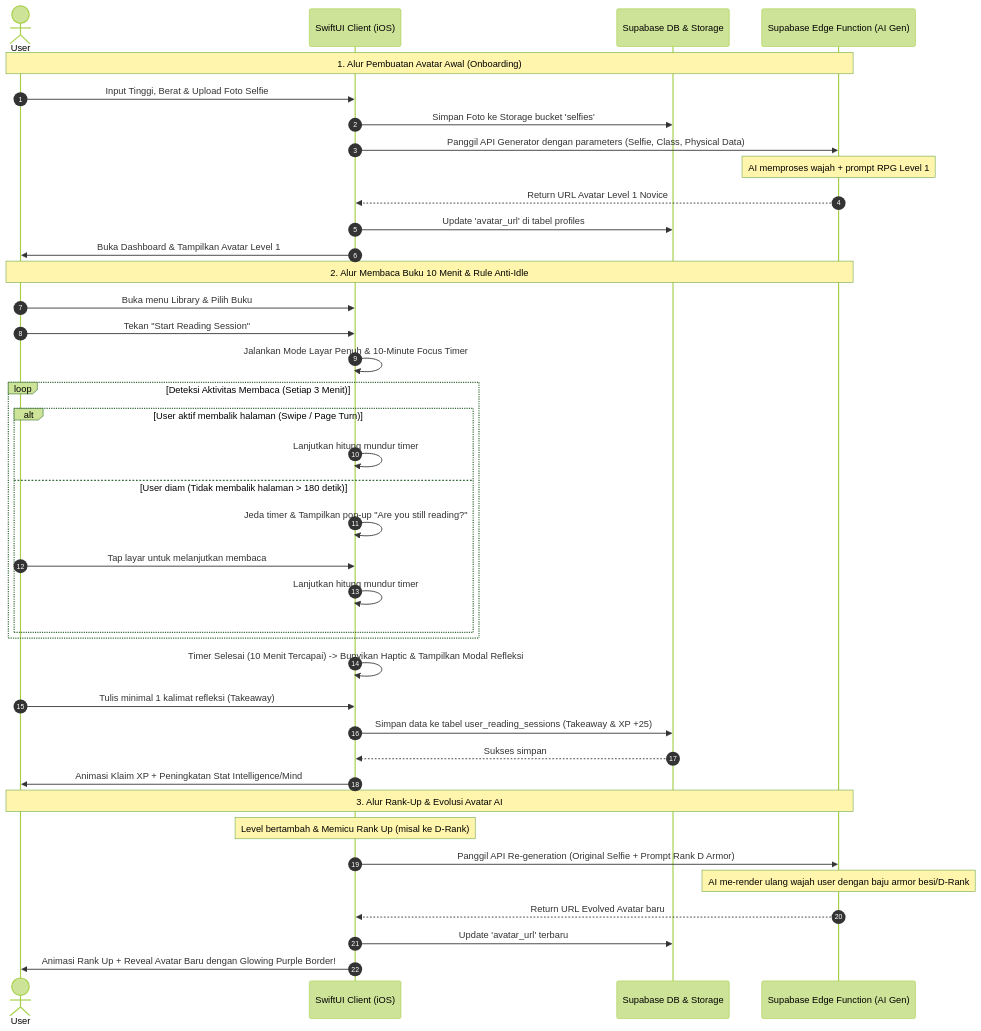
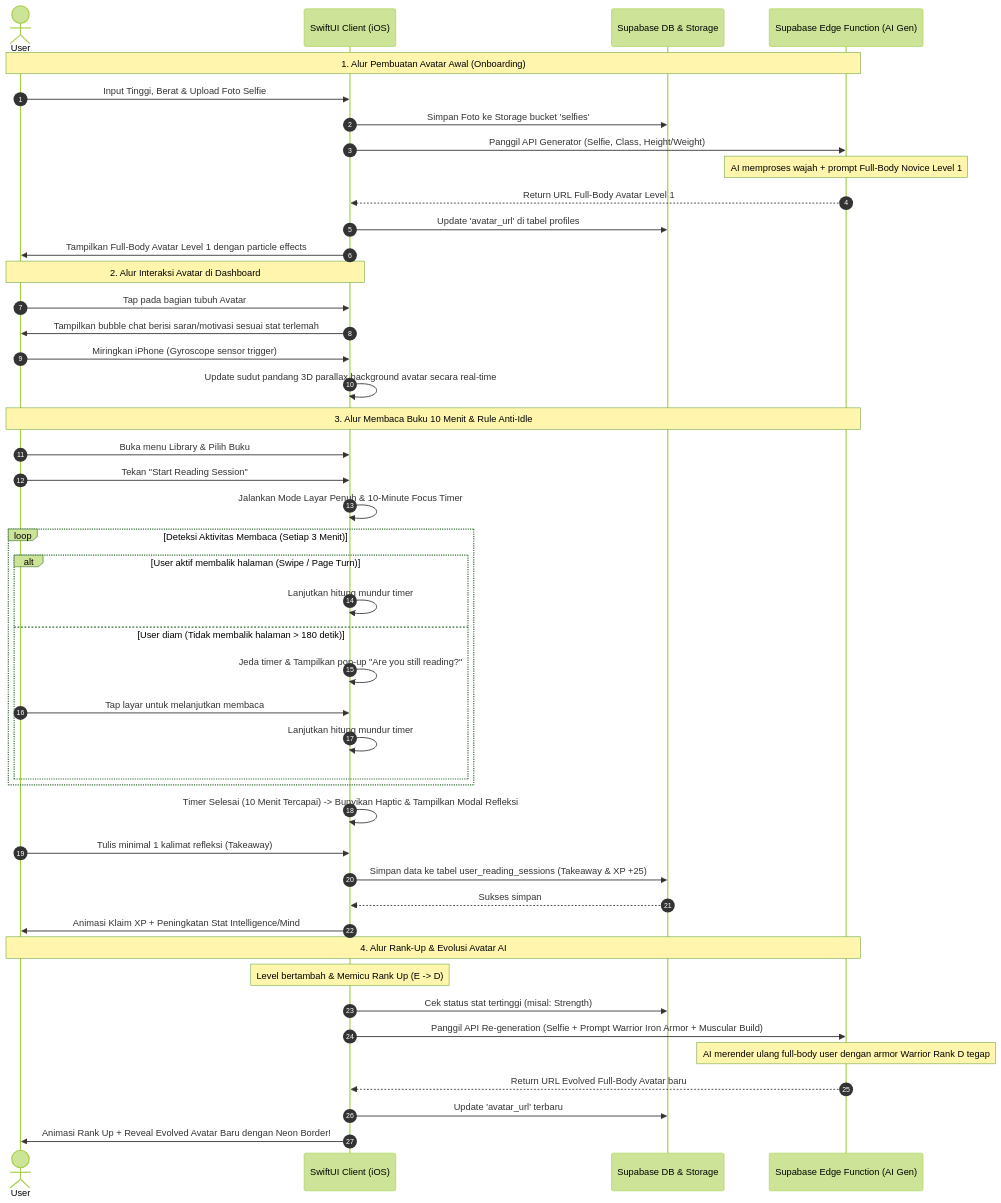
One commit to dhyoprd/Kurama changed the diagram in docs/wireframes_and_prototypes.md. Above: the diagram before and after it, drawn with Mermaid (forest theme). The commit also changed other lines of this file and 7 other files, not shown here.

````diff
--- a/docs/wireframes_and_prototypes.md
+++ b/docs/wireframes_and_prototypes.md
@@ -119,47 +123,55 @@
 ```mermaid
 sequenceDiagram
     autonumber
     actor User
     participant App as SwiftUI Client (iOS)
     participant DB as Supabase DB & Storage
     participant AI as Supabase Edge Function (AI Gen)
 
     %% ONBOARDING FLOW
     Note over User, AI: 1. Alur Pembuatan Avatar Awal (Onboarding)
     User->>App: Input Tinggi, Berat & Upload Foto Selfie
     App->>DB: Simpan Foto ke Storage bucket 'selfies'
-    App->>AI: Panggil API Generator dengan parameters (Selfie, Class, Physical Data)
-    Note over AI: AI memproses wajah + prompt RPG Level 1
-    AI-->>App: Return URL Avatar Level 1 Novice
+    App->>AI: Panggil API Generator (Selfie, Class, Height/Weight)
+    Note over AI: AI memproses wajah + prompt Full-Body Novice Level 1
+    AI-->>App: Return URL Full-Body Avatar Level 1
     App->>DB: Update 'avatar_url' di tabel profiles
-    App->>User: Buka Dashboard & Tampilkan Avatar Level 1
+    App->>User: Tampilkan Full-Body Avatar Level 1 dengan particle effects
+
+    %% INTERACTIVE AVATAR FEATURES
+    Note over User, App: 2. Alur Interaksi Avatar di Dashboard
+    User->>App: Tap pada bagian tubuh Avatar
+    App->>User: Tampilkan bubble chat berisi saran/motivasi sesuai stat terlemah
+    User->>App: Miringkan iPhone (Gyroscope sensor trigger)
+    App->>App: Update sudut pandang 3D parallax background avatar secara real-time
 
     %% FOCUS READING FLOW WITH ANTI-IDLE
-    Note over User, AI: 2. Alur Membaca Buku 10 Menit & Rule Anti-Idle
+    Note over User, AI: 3. Alur Membaca Buku 10 Menit & Rule Anti-Idle
     User->>App: Buka menu Library & Pilih Buku
     User->>App: Tekan "Start Reading Session"
     App->>App: Jalankan Mode Layar Penuh & 10-Minute Focus Timer
     loop Deteksi Aktivitas Membaca (Setiap 3 Menit)
         alt User aktif membalik halaman (Swipe / Page Turn)
             App->>App: Lanjutkan hitung mundur timer
         else User diam (Tidak membalik halaman > 180 detik)
             App->>App: Jeda timer & Tampilkan pop-up "Are you still reading?"
             User->>App: Tap layar untuk melanjutkan membaca
             App->>App: Lanjutkan hitung mundur timer
         end
     end
     App->>App: Timer Selesai (10 Menit Tercapai) -> Bunyikan Haptic & Tampilkan Modal Refleksi
     User->>App: Tulis minimal 1 kalimat refleksi (Takeaway)
     App->>DB: Simpan data ke tabel user_reading_sessions (Takeaway & XP +25)
     DB-->>App: Sukses simpan
     App->>User: Animasi Klaim XP + Peningkatan Stat Intelligence/Mind
 
     %% AVATAR EVOLUTION ON RANK UP
-    Note over User, AI: 3. Alur Rank-Up & Evolusi Avatar AI
-    Note over App: Level bertambah & Memicu Rank Up (misal ke D-Rank)
-    App->>AI: Panggil API Re-generation (Original Selfie + Prompt Rank D Armor)
-    Note over AI: AI me-render ulang wajah user dengan baju armor besi/D-Rank
-    AI-->>App: Return URL Evolved Avatar baru
+    Note over User, AI: 4. Alur Rank-Up & Evolusi Avatar AI
+    Note over App: Level bertambah & Memicu Rank Up (E -> D)
+    App->>DB: Cek status stat tertinggi (misal: Strength)
+    App->>AI: Panggil API Re-generation (Selfie + Prompt Warrior Iron Armor + Muscular Build)
+    Note over AI: AI merender ulang full-body user dengan armor Warrior Rank D tegap
+    AI-->>App: Return URL Evolved Full-Body Avatar baru
     App->>DB: Update 'avatar_url' terbaru
-    App->>User: Animasi Rank Up + Reveal Avatar Baru dengan Glowing Purple Border!
+    App->>User: Animasi Rank Up + Reveal Evolved Avatar Baru dengan Neon Border!
 ```
````
